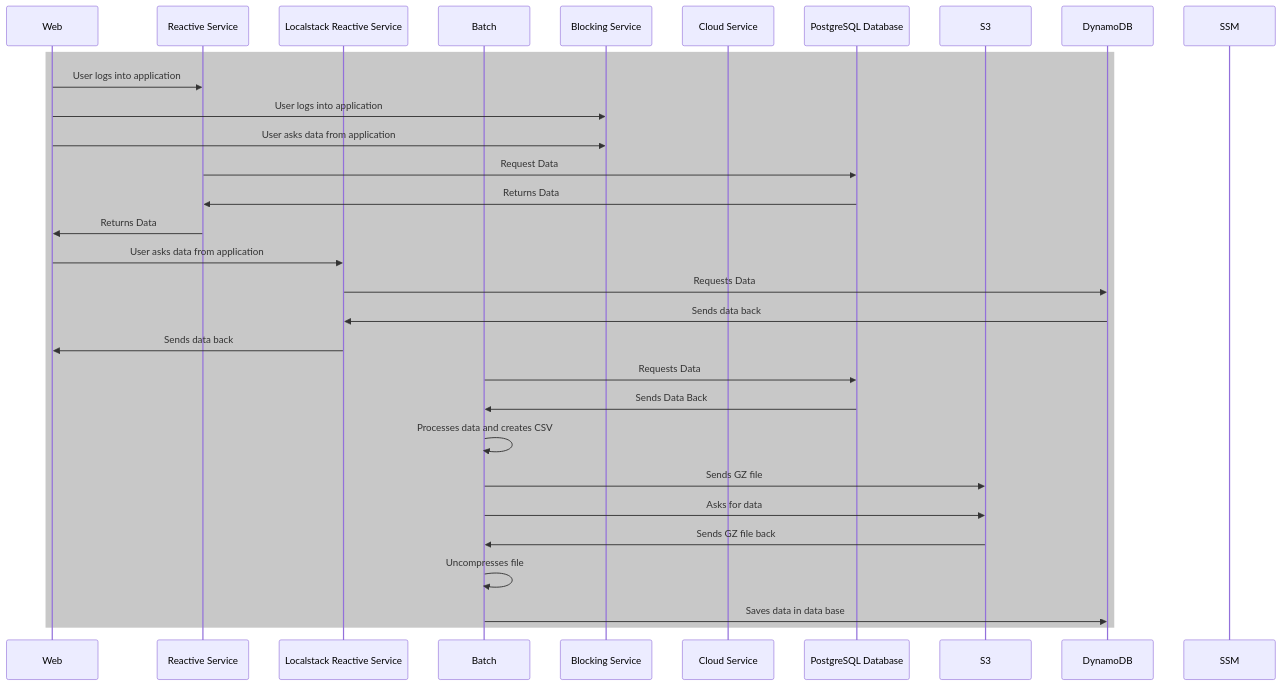
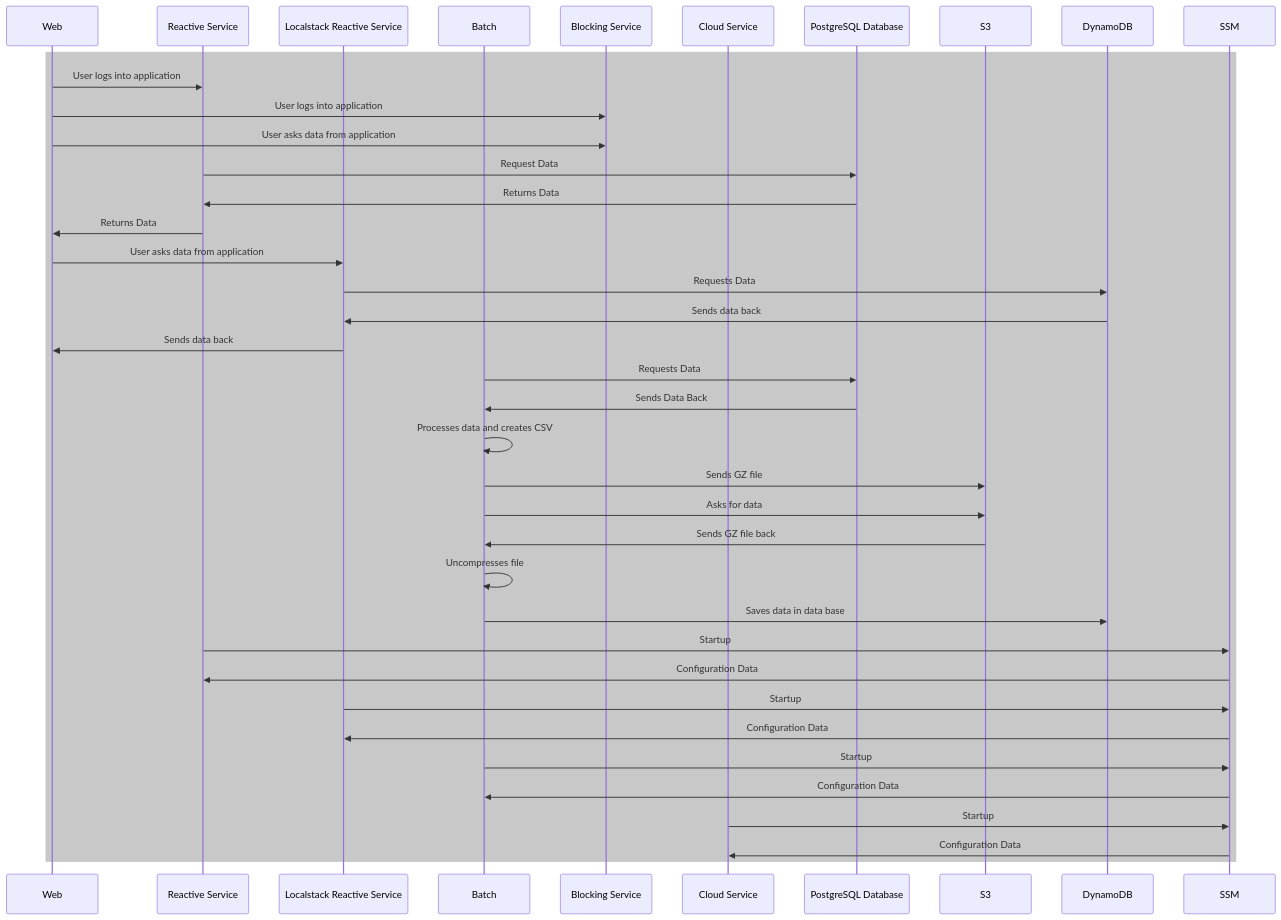
Before and after one commit to jesperancinha/staco-app: the second of 2 diagrams in README.md, drawn with Mermaid.

Commit message:
🌿 Document update

````diff
--- a/README.md
+++ b/README.md
@@ -122,37 +122,44 @@
 ```mermaid
 
 sequenceDiagram
     participant Web
     participant Reactive Service
     participant Localstack Reactive Service
     participant Batch
     participant Blocking Service
     participant Cloud Service
     participant PostgreSQL Database
     participant S3
     participant DynamoDB
     participant SSM
     
     rect rgb(200,200,200)
     
     Web->>Reactive Service: User logs into application
     Web->>Blocking Service: User logs into application
     Web->>Blocking Service: User asks data from application
     Reactive Service->>PostgreSQL Database: Request Data
     PostgreSQL Database->>Reactive Service: Returns Data
     Reactive Service->>Web: Returns Data
     Web->>Localstack Reactive Service: User asks data from application
     Localstack Reactive Service->>DynamoDB: Requests Data
     DynamoDB->>Localstack Reactive Service: Sends data back
     Localstack Reactive Service->>Web: Sends data back
     Batch->>PostgreSQL Database: Requests Data
     PostgreSQL Database->>Batch: Sends Data Back
     Batch->>Batch: Processes data and creates CSV
     Batch->>S3: Sends GZ file
     Batch->>S3: Asks for data
     S3->>Batch: Sends GZ file back
     Batch->>Batch: Uncompresses file
     Batch->>DynamoDB: Saves data in data base
-    
+    Reactive Service->>SSM: Startup
+    SSM->>Reactive Service: Configuration Data
+    Localstack Reactive Service->>SSM: Startup
+    SSM->>Localstack Reactive Service: Configuration Data
+    Batch->>SSM: Startup
+    SSM->>Batch: Configuration Data
+    Cloud Service->>SSM: Startup
+    SSM->>Cloud Service: Configuration Data
     end
 ```
````
